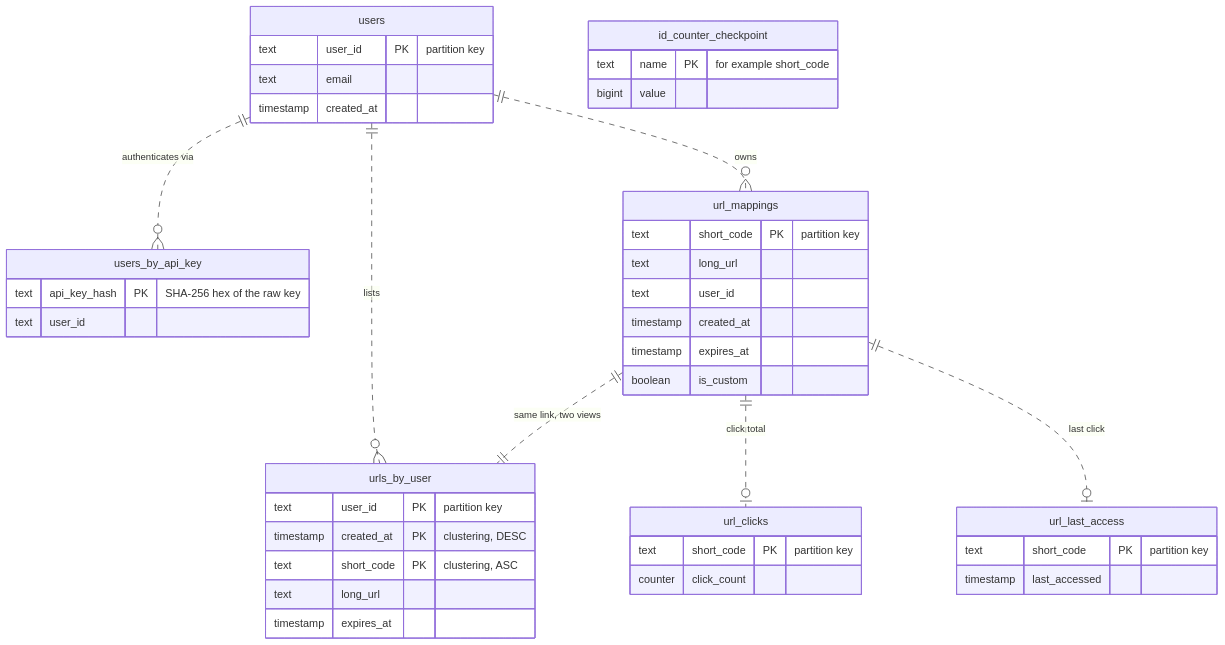
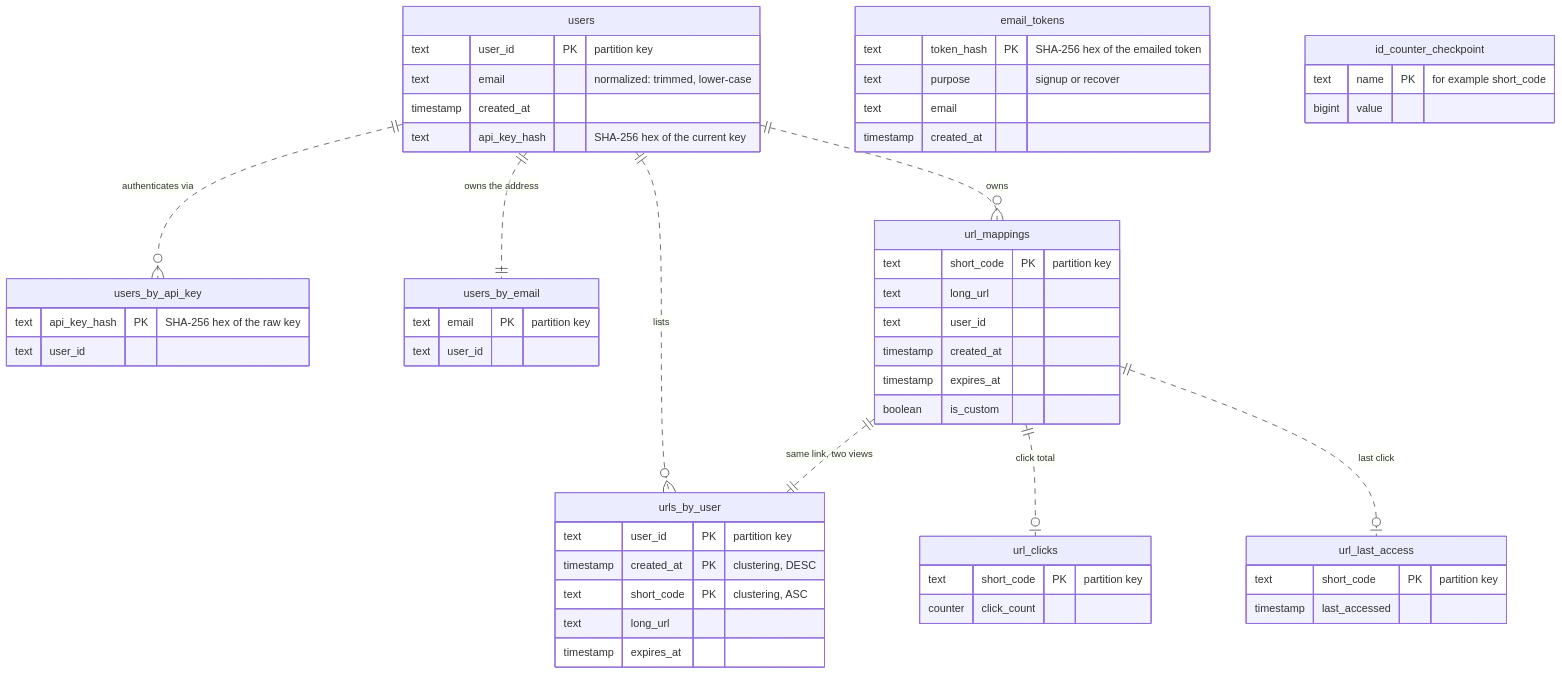
Before and after one commit to srimani-ravikumar/url-shortener-service: the first of 4 diagrams in docs/02-design/db-schema.md, drawn with Mermaid. The commit also changed other lines of this file and 46 other files, not shown here.

````diff
--- a/docs/02-design/db-schema.md
+++ b/docs/02-design/db-schema.md
@@ -11,52 +11,66 @@
 ```mermaid
 erDiagram
     users {
         text user_id PK "partition key"
-        text email
+        text email "normalized: trimmed, lower-case"
         timestamp created_at
+        text api_key_hash "SHA-256 hex of the current key"
     }
 
     users_by_api_key {
         text api_key_hash PK "SHA-256 hex of the raw key"
         text user_id
+    }
+
+    users_by_email {
+        text email PK "partition key"
+        text user_id
+    }
+
+    email_tokens {
+        text token_hash PK "SHA-256 hex of the emailed token"
+        text purpose "signup or recover"
+        text email
+        timestamp created_at
     }
 
     url_mappings {
         text short_code PK "partition key"
         text long_url
         text user_id
         timestamp created_at
         timestamp expires_at
         boolean is_custom
     }
 
     urls_by_user {
         text user_id PK "partition key"
         timestamp created_at PK "clustering, DESC"
         text short_code PK "clustering, ASC"
         text long_url
         timestamp expires_at
     }
 
     url_clicks {
         text short_code PK "partition key"
         counter click_count
     }
 
     url_last_access {
         text short_code PK "partition key"
         timestamp last_accessed
     }
 
     id_counter_checkpoint {
         text name PK "for example short_code"
         bigint value
     }
 
     users ||..o{ users_by_api_key : "authenticates via"
+    users ||..|| users_by_email : "owns the address"
     users ||..o{ url_mappings : "owns"
     users ||..o{ urls_by_user : "lists"
     url_mappings ||..|| urls_by_user : "same link, two views"
     url_mappings ||..o| url_clicks : "click total"
     url_mappings ||..o| url_last_access : "last click"
 ```
````
